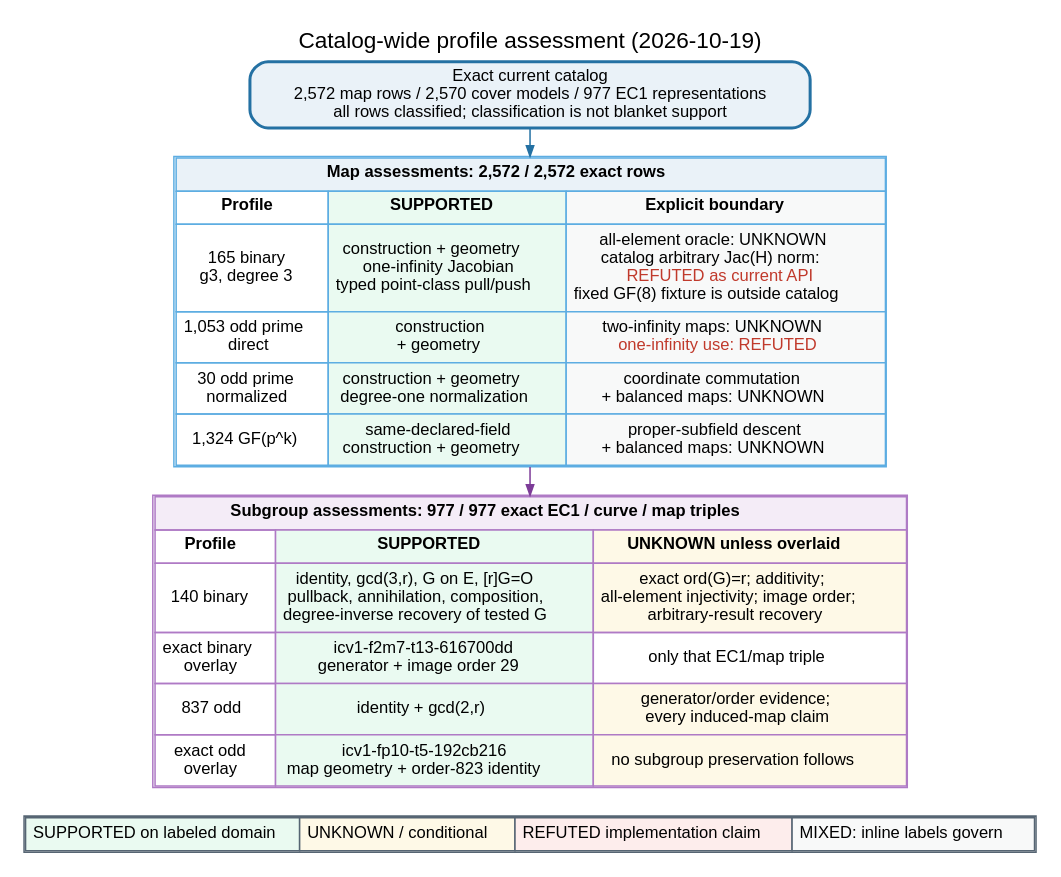
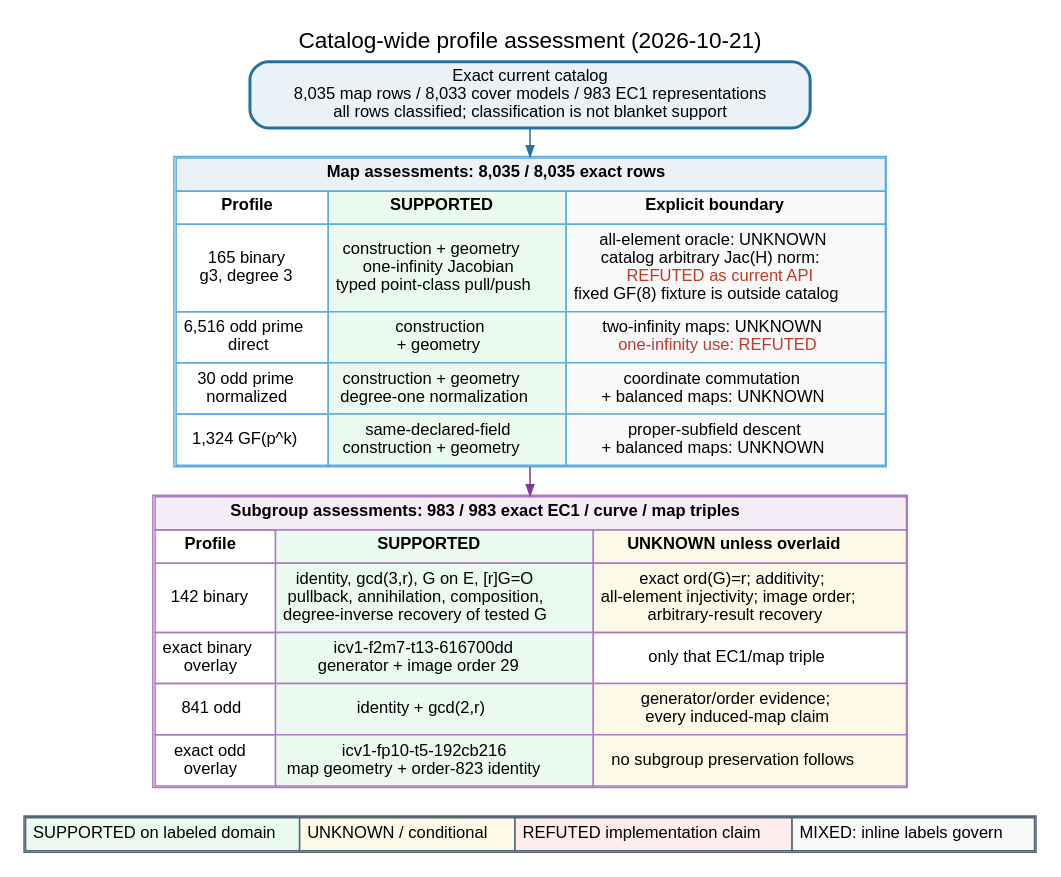
Before and after one commit to isogeny-labs/crypto: the diagram in research/cover_transfer_assessment_20261013/typed_correspondence.dot, drawn with Graphviz. The commit also changed 19 other files, not shown here.

Commit message:
Repair expanded catalog assessments and binary curve trait sampling

```diff
--- a/research/cover_transfer_assessment_20261013/typed_correspondence.dot
+++ b/research/cover_transfer_assessment_20261013/typed_correspondence.dot
@@ -1,64 +1,64 @@
-// cover-transfer-assessments/v2; catalog_maps=2572; unique_cover_models=2570; geometry_verified_maps=2572; ec1_representations=977; assessed_maps=2572; unassessed_maps=0; assessed_subgroups=977; unassessed_subgroups=0
+// cover-transfer-assessments/v2; catalog_maps=8035; unique_cover_models=8033; geometry_verified_maps=8035; ec1_representations=983; assessed_maps=8035; unassessed_maps=0; assessed_subgroups=983; unassessed_subgroups=0
 digraph cover_transfer_assessment {
   graph [
     rankdir=TB,
     bgcolor="white",
     pad="0.12",
     nodesep="0.20",
     ranksep="0.26",
     fontname="Helvetica",
     fontsize=15,
     labelloc="t",
-    label="Catalog-wide profile assessment (2026-10-19)"
+    label="Catalog-wide profile assessment (2026-10-21)"
   ];
   node [shape=box, style="rounded,filled", fillcolor="white", color="#34495e", fontname="Helvetica", fontsize=11];
   edge [fontname="Helvetica", fontsize=9, color="#34495e", arrowsize=0.7];
 
   catalog [
-    label="Exact current catalog\n2,572 map rows / 2,570 cover models / 977 EC1 representations\nall rows classified; classification is not blanket support",
+    label="Exact current catalog\n8,035 map rows / 8,033 cover models / 983 EC1 representations\nall rows classified; classification is not blanket support",
     fillcolor="#eaf2f8",
     color="#2471a3",
     penwidth=2
   ];
 
   maps [
     shape=plain,
     label=<
       <TABLE BORDER="1" CELLBORDER="1" CELLSPACING="0" CELLPADDING="4" COLOR="#5dade2">
-        <TR><TD COLSPAN="3" BGCOLOR="#eaf2f8"><B>Map assessments: 2,572 / 2,572 exact rows</B></TD></TR>
+        <TR><TD COLSPAN="3" BGCOLOR="#eaf2f8"><B>Map assessments: 8,035 / 8,035 exact rows</B></TD></TR>
         <TR><TD><B>Profile</B></TD><TD BGCOLOR="#eafaf1"><B>SUPPORTED</B></TD><TD BGCOLOR="#f8f9f9"><B>Explicit boundary</B></TD></TR>
         <TR><TD>165 binary<BR/>g3, degree 3</TD><TD BGCOLOR="#eafaf1">construction + geometry<BR/>one-infinity Jacobian<BR/>typed point-class pull/push</TD><TD BGCOLOR="#f8f9f9">all-element oracle: UNKNOWN<BR/>catalog arbitrary Jac(H) norm:<BR/><FONT COLOR="#c0392b">REFUTED as current API</FONT><BR/>fixed GF(8) fixture is outside catalog</TD></TR>
-        <TR><TD>1,053 odd prime<BR/>direct</TD><TD BGCOLOR="#eafaf1">construction<BR/>+ geometry</TD><TD BGCOLOR="#f8f9f9">two-infinity maps: UNKNOWN<BR/><FONT COLOR="#c0392b">one-infinity use: REFUTED</FONT></TD></TR>
+        <TR><TD>6,516 odd prime<BR/>direct</TD><TD BGCOLOR="#eafaf1">construction<BR/>+ geometry</TD><TD BGCOLOR="#f8f9f9">two-infinity maps: UNKNOWN<BR/><FONT COLOR="#c0392b">one-infinity use: REFUTED</FONT></TD></TR>
         <TR><TD>30 odd prime<BR/>normalized</TD><TD BGCOLOR="#eafaf1">construction + geometry<BR/>degree-one normalization</TD><TD BGCOLOR="#f8f9f9">coordinate commutation<BR/>+ balanced maps: UNKNOWN</TD></TR>
         <TR><TD>1,324 GF(p^k)</TD><TD BGCOLOR="#eafaf1">same-declared-field<BR/>construction + geometry</TD><TD BGCOLOR="#f8f9f9">proper-subfield descent<BR/>+ balanced maps: UNKNOWN</TD></TR>
       </TABLE>
     >
   ];
 
   subgroups [
     shape=plain,
     label=<
       <TABLE BORDER="1" CELLBORDER="1" CELLSPACING="0" CELLPADDING="4" COLOR="#af7ac5">
-        <TR><TD COLSPAN="3" BGCOLOR="#f4ecf7"><B>Subgroup assessments: 977 / 977 exact EC1 / curve / map triples</B></TD></TR>
+        <TR><TD COLSPAN="3" BGCOLOR="#f4ecf7"><B>Subgroup assessments: 983 / 983 exact EC1 / curve / map triples</B></TD></TR>
         <TR><TD><B>Profile</B></TD><TD BGCOLOR="#eafaf1"><B>SUPPORTED</B></TD><TD BGCOLOR="#fef9e7"><B>UNKNOWN unless overlaid</B></TD></TR>
-        <TR><TD>140 binary</TD><TD BGCOLOR="#eafaf1">identity, gcd(3,r), G on E, [r]G=O<BR/>pullback, annihilation, composition,<BR/>degree-inverse recovery of tested G</TD><TD BGCOLOR="#fef9e7">exact ord(G)=r; additivity;<BR/>all-element injectivity; image order;<BR/>arbitrary-result recovery</TD></TR>
+        <TR><TD>142 binary</TD><TD BGCOLOR="#eafaf1">identity, gcd(3,r), G on E, [r]G=O<BR/>pullback, annihilation, composition,<BR/>degree-inverse recovery of tested G</TD><TD BGCOLOR="#fef9e7">exact ord(G)=r; additivity;<BR/>all-element injectivity; image order;<BR/>arbitrary-result recovery</TD></TR>
         <TR><TD>exact binary<BR/>overlay</TD><TD BGCOLOR="#eafaf1">icv1-f2m7-t13-616700dd<BR/>generator + image order 29</TD><TD>only that EC1/map triple</TD></TR>
-        <TR><TD>837 odd</TD><TD BGCOLOR="#eafaf1">identity + gcd(2,r)</TD><TD BGCOLOR="#fef9e7">generator/order evidence;<BR/>every induced-map claim</TD></TR>
+        <TR><TD>841 odd</TD><TD BGCOLOR="#eafaf1">identity + gcd(2,r)</TD><TD BGCOLOR="#fef9e7">generator/order evidence;<BR/>every induced-map claim</TD></TR>
         <TR><TD>exact odd<BR/>overlay</TD><TD BGCOLOR="#eafaf1">icv1-fp10-t5-192cb216<BR/>map geometry + order-823 identity</TD><TD BGCOLOR="#fef9e7">no subgroup preservation follows</TD></TR>
       </TABLE>
     >
   ];
 
   legend [
     shape=plain,
     label=<
       <TABLE BORDER="1" CELLBORDER="1" CELLSPACING="0" CELLPADDING="4" COLOR="#566573">
         <TR><TD BGCOLOR="#eafaf1">SUPPORTED on labeled domain</TD><TD BGCOLOR="#fef9e7">UNKNOWN / conditional</TD><TD BGCOLOR="#fdedec">REFUTED implementation claim</TD><TD BGCOLOR="#f8f9f9">MIXED: inline labels govern</TD></TR>
       </TABLE>
     >
   ];
 
   catalog -> maps [color="#2471a3"];
   maps -> subgroups [color="#7d3c98"];
   subgroups -> legend [style="invis", weight=80];
 }
```
